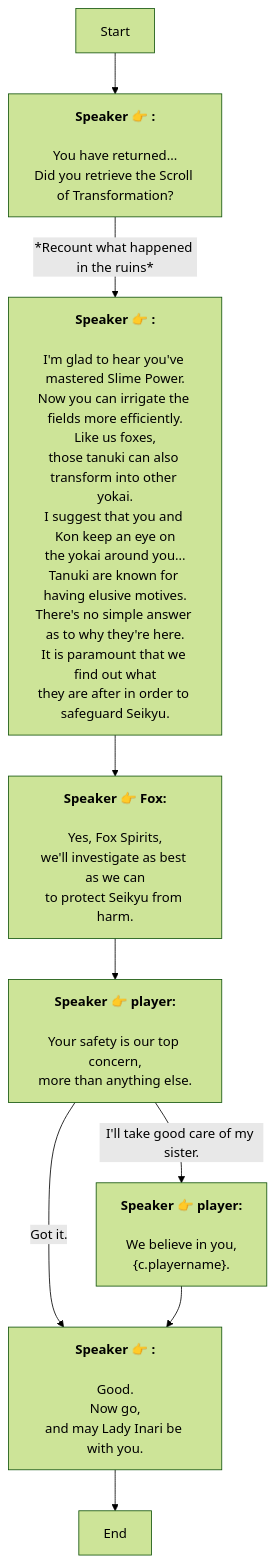
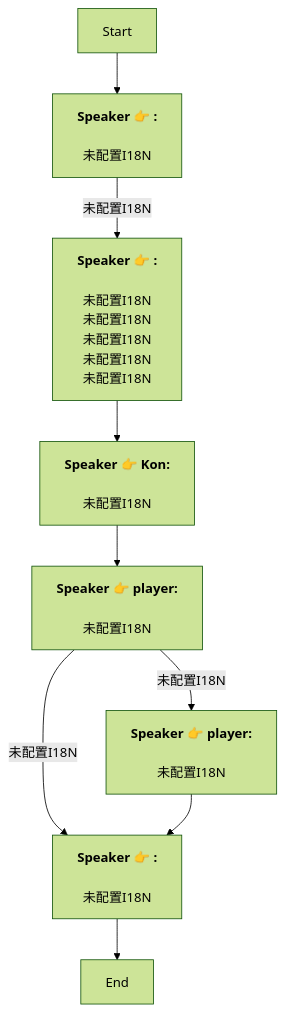
Before and after one commit to SoftHu/tos_avg: the diagram in En/QuestTalkObjectiveNode_1761909999151349.md, drawn with Mermaid (forest theme). The commit also changed 730 other files, not shown here.

````diff
--- a/En/QuestTalkObjectiveNode_1761909999151349.md
+++ b/En/QuestTalkObjectiveNode_1761909999151349.md
@@ -1,33 +1,19 @@
 ```mermaid
 graph
 Start -->1761910727852289[<b>Speaker 👉 :</b>
-\nYou have returned...
-Did you retrieve the Scroll of Transformation?]
-1761910727852289 -->|*Recount what happened in the ruins*|1761910898746629[<b>Speaker 👉 :</b>
-\nI'm glad to hear you've mastered Slime Power.
-Now you can irrigate the fields more efficiently.\nLike us foxes,
-those tanuki can also transform into other yokai.\nI suggest that you and Kon keep an eye on
-the yokai around you...\nTanuki are known for having elusive motives.
-There's no simple answer as to why they're here.\nIt is paramount that we find out what
-they are after in order to safeguard Seikyu.]
-1761910898746629 -->1761910989212934[<b>Speaker 👉 Fox:</b>
-\nYes, Fox Spirits,
-we'll investigate as best as we can
-to protect Seikyu from harm.]
+\n未配置I18N]
+1761910727852289 -->|未配置I18N|1761910898746629[<b>Speaker 👉 :</b>
+\n未配置I18N\n未配置I18N\n未配置I18N\n未配置I18N\n未配置I18N]
+1761910898746629 -->1761910989212934[<b>Speaker 👉 Kon:</b>
+\n未配置I18N]
 1761910989212934 -->1761911109766407[<b>Speaker 👉 player:</b>
-\nYour safety is our top concern,
-more than anything else.]
-1761911109766407 -->|I'll take good care of my sister.|1761911308834062[<b>Speaker 👉 player:</b>
-\nWe believe in you,
-&lbrace;c.playername&rbrace;.]
-1761911109766407 -->|Got it.|1761911280317707[<b>Speaker 👉 :</b>
-\nGood.
-Now go,
-and may Lady Inari be with you.]
+\n未配置I18N]
+1761911109766407 -->|未配置I18N|1761911280317707[<b>Speaker 👉 :</b>
+\n未配置I18N]
+1761911109766407 -->|未配置I18N|1761911308834062[<b>Speaker 👉 player:</b>
+\n未配置I18N]
 1761911280317707 -->1761911318607119[End]
 1761911308834062 -->1761911280317707[<b>Speaker 👉 :</b>
-\nGood.
-Now go,
-and may Lady Inari be with you.]
+\n未配置I18N]
 
 ```
````
